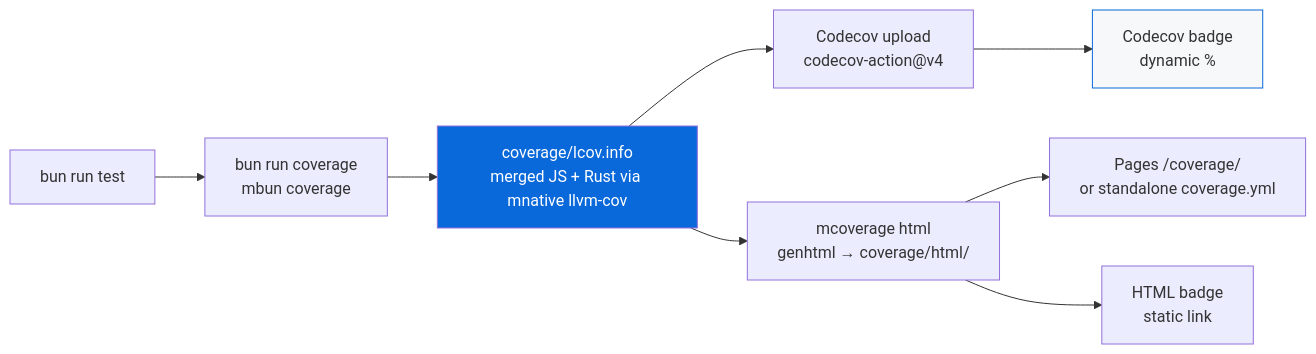
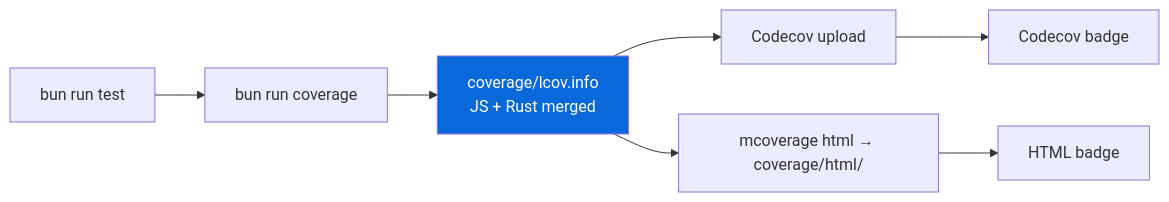
The diagram in configs/badges/README.md (Archont561/ts-monorepo-template), drawn with Mermaid before and after one commit. The commit also changed other lines of this file and 32 other files, not shown here.

````diff
--- a/configs/badges/README.md
+++ b/configs/badges/README.md
@@ -26,13 +26,11 @@
 ```mermaid
 graph LR
-    A[bun run test] --> B[bun run coverage<br/>mbun coverage]
-    B --> C[coverage/lcov.info<br/>merged JS + Rust via mnative llvm-cov]
-    C --> D[Codecov upload<br/>codecov-action@v4]
-    C --> E[mcoverage html<br/>genhtml → coverage/html/]
-    E --> F[Pages /coverage/<br/>or standalone coverage.yml]
-    D --> G[Codecov badge<br/>dynamic %]
-    E --> H[HTML badge<br/>static link]
+    A[bun run test] --> B[bun run coverage]
+    B --> C[coverage/lcov.info<br/>JS + Rust merged]
+    C --> D[Codecov upload]
+    C --> E[mcoverage html → coverage/html/]
+    D --> F[Codecov badge]
+    E --> G[HTML badge]
 
     style C fill:#0969DA,color:#fff
-    style G fill:#f6f8fa,stroke:#0969DA
 ```
````
